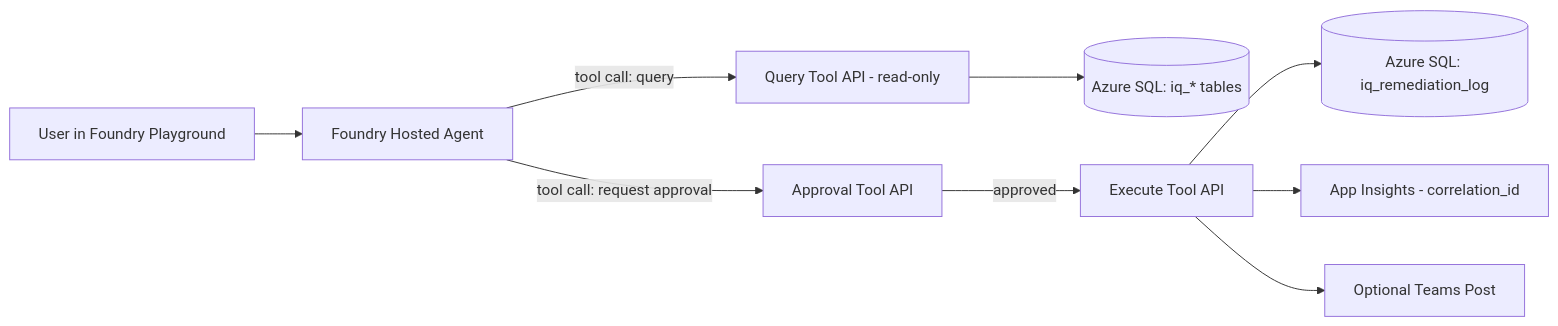
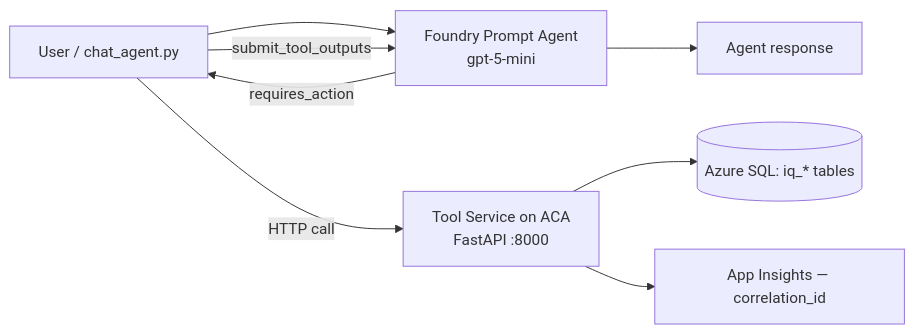
Before and after one commit to aionic/IQ-Workshop: the diagram in README.md, drawn with Mermaid. The commit also changed other lines of this file and 8 other files, not shown here.

First line of the commit message:
refactor: Responses API function tools for gpt-5-mini, self-hosted ACA pattern

````diff
--- a/README.md
+++ b/README.md
@@ -18,11 +19,10 @@
 ```mermaid
 flowchart LR
-  U[User in Foundry Playground] --> A[Foundry Hosted Agent]
-  A -->|tool call: query| Q[Query Tool API - read-only]
+  U[User / chat_agent.py] --> A[Foundry Prompt Agent\ngpt-5-mini]
+  A -->|requires_action| U
+  U -->|HTTP call| Q[Tool Service on ACA\nFastAPI :8000]
   Q --> D[(Azure SQL: iq_* tables)]
-  A -->|tool call: request approval| P[Approval Tool API]
-  P -->|approved| X[Execute Tool API]
-  X --> L[(Azure SQL: iq_remediation_log)]
-  X --> O[App Insights - correlation_id]
-  X --> T[Optional Teams Post]
+  Q --> O[App Insights — correlation_id]
+  U -->|submit_tool_outputs| A
+  A --> R[Agent response]
 ```
````
